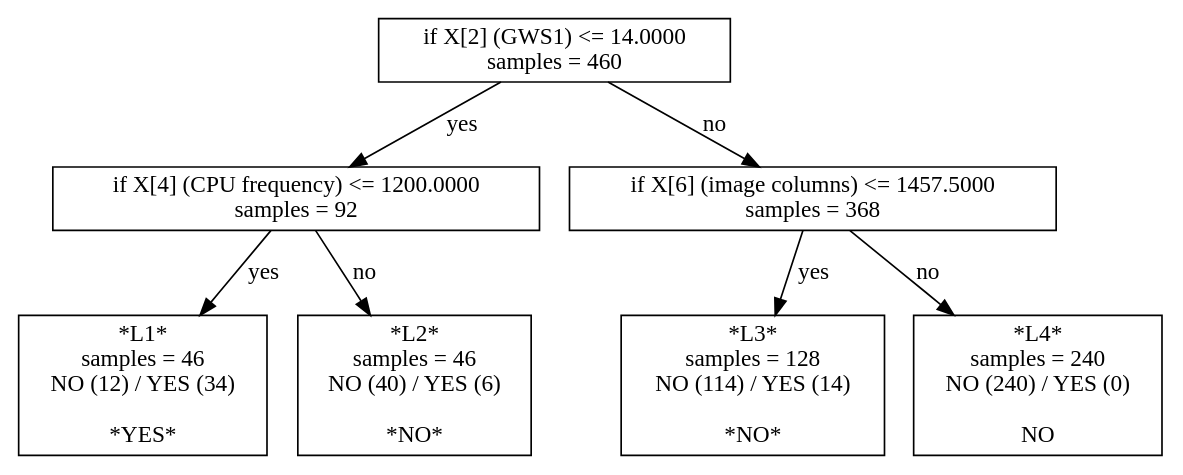
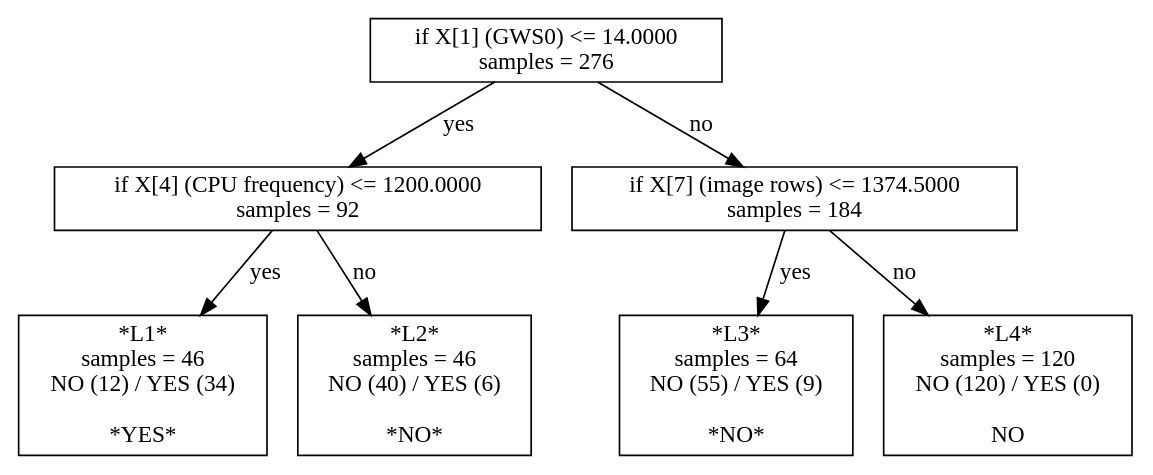
One commit to ctuning/reproduce-ck-paper-large-experiments changed the diagram in script/reproduce-hog-modeling/t628-second-set-of-features-depth2/model-sklearn-dtc.model.dot. Above: the diagram before and after it, drawn with Graphviz. The commit also changed 924 other files, not shown here.

Commit message:
new experiments, graphs and predictive models for run-time adaptation; predictive scheduling and active learning

```diff
--- a/script/reproduce-hog-modeling/t628-second-set-of-features-depth2/model-sklearn-dtc.model.dot
+++ b/script/reproduce-hog-modeling/t628-second-set-of-features-depth2/model-sklearn-dtc.model.dot
@@ -1,15 +1,15 @@
 digraph Tree {
-0 [label="if X[2] (GWS1) <= 14.0000\nsamples = 460", shape="box"] ;
+0 [label="if X[1] (GWS0) <= 14.0000\nsamples = 276", shape="box"] ;
 1 [label="if X[4] (CPU frequency) <= 1200.0000\nsamples = 92", shape="box"] ;
 0 -> 1 [label="yes"];
 2 [label="*L1*\nsamples = 46\nNO (12) / YES (34)\n\n*YES*", shape="box"] ;
 1 -> 2 [label="yes"];
 3 [label="*L2*\nsamples = 46\nNO (40) / YES (6)\n\n*NO*", shape="box"] ;
 1 -> 3 [label="no"];
-4 [label="if X[6] (image columns) <= 1457.5000\nsamples = 368", shape="box"] ;
+4 [label="if X[7] (image rows) <= 1374.5000\nsamples = 184", shape="box"] ;
 0 -> 4 [label="no"];
-5 [label="*L3*\nsamples = 128\nNO (114) / YES (14)\n\n*NO*", shape="box"] ;
+5 [label="*L3*\nsamples = 64\nNO (55) / YES (9)\n\n*NO*", shape="box"] ;
 4 -> 5 [label="yes"];
-6 [label="*L4*\nsamples = 240\nNO (240) / YES (0)\n\nNO", shape="box"] ;
+6 [label="*L4*\nsamples = 120\nNO (120) / YES (0)\n\nNO", shape="box"] ;
 4 -> 6 [label="no"];
 }
```
